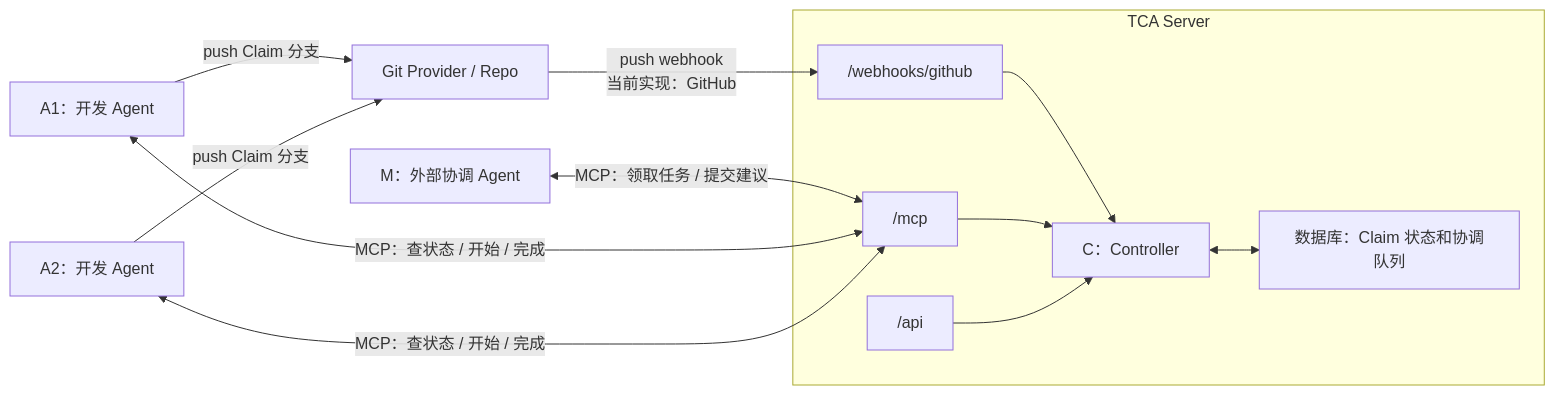
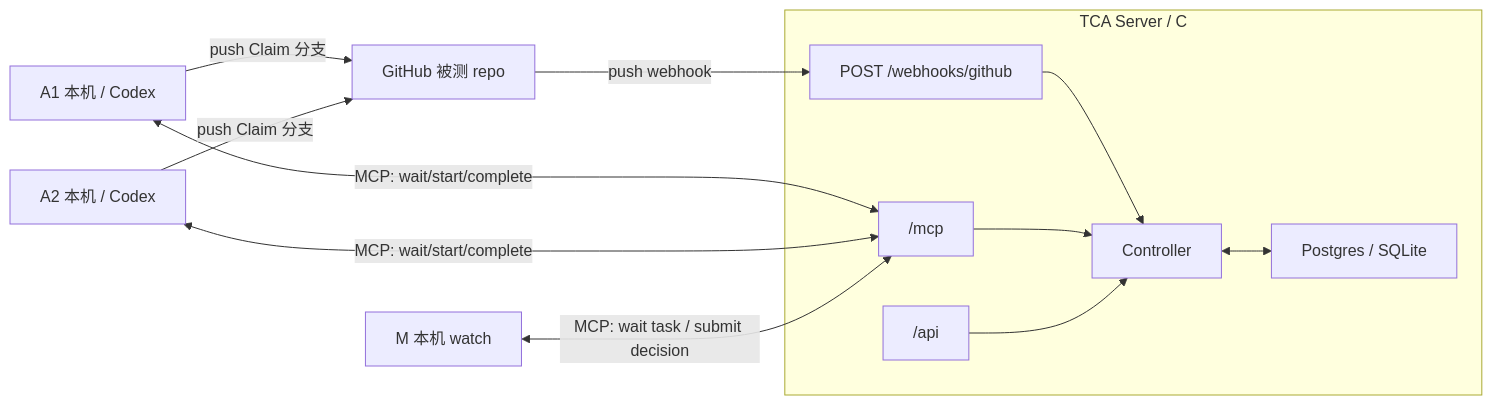
The first of 2 diagrams in docs/tca-guide.md (yigezong/tca), drawn with Mermaid before and after one commit. The commit also changed other lines of this file and 8 other files, not shown here.

````diff
--- a/docs/tca-guide.md
+++ b/docs/tca-guide.md
@@ -24,17 +24,17 @@
 ```mermaid
 flowchart LR
-    A1["A1：开发 Agent"] -->|"push Claim 分支"| G["Git Provider / Repo"]
-    A2["A2：开发 Agent"] -->|"push Claim 分支"| G
+    A1["A1 本机 / Codex"] -->|"push Claim 分支"| Git["GitHub 被测 repo"]
+    A2["A2 本机 / Codex"] -->|"push Claim 分支"| Git
 
-    subgraph S["TCA Server"]
-      W["/webhooks/github"] --> C["C：Controller"]
-      MCP["/mcp"] --> C
-      API["/api"] --> C
-      C <--> DB["数据库：Claim 状态和协调队列"]
+    subgraph Server["TCA Server / C"]
+      Webhook["POST /webhooks/github"] --> Controller["Controller"]
+      MCP["/mcp"] --> Controller
+      API["/api"] --> Controller
+      Controller <--> DB["Postgres / SQLite"]
     end
 
-    M["M：外部协调 Agent"] <-->|"MCP：领取任务 / 提交建议"| MCP
-    G -->|"push webhook<br/>当前实现：GitHub"| W
-    A1 <-->|"MCP：查状态 / 开始 / 完成"| MCP
-    A2 <-->|"MCP：查状态 / 开始 / 完成"| MCP
+    Git -->|"push webhook"| Webhook
+    A1 <-->|"MCP: wait/start/complete"| MCP
+    A2 <-->|"MCP: wait/start/complete"| MCP
+    M["M 本机 watch"] <-->|"MCP: wait task / submit decision"| MCP
 ```
````
